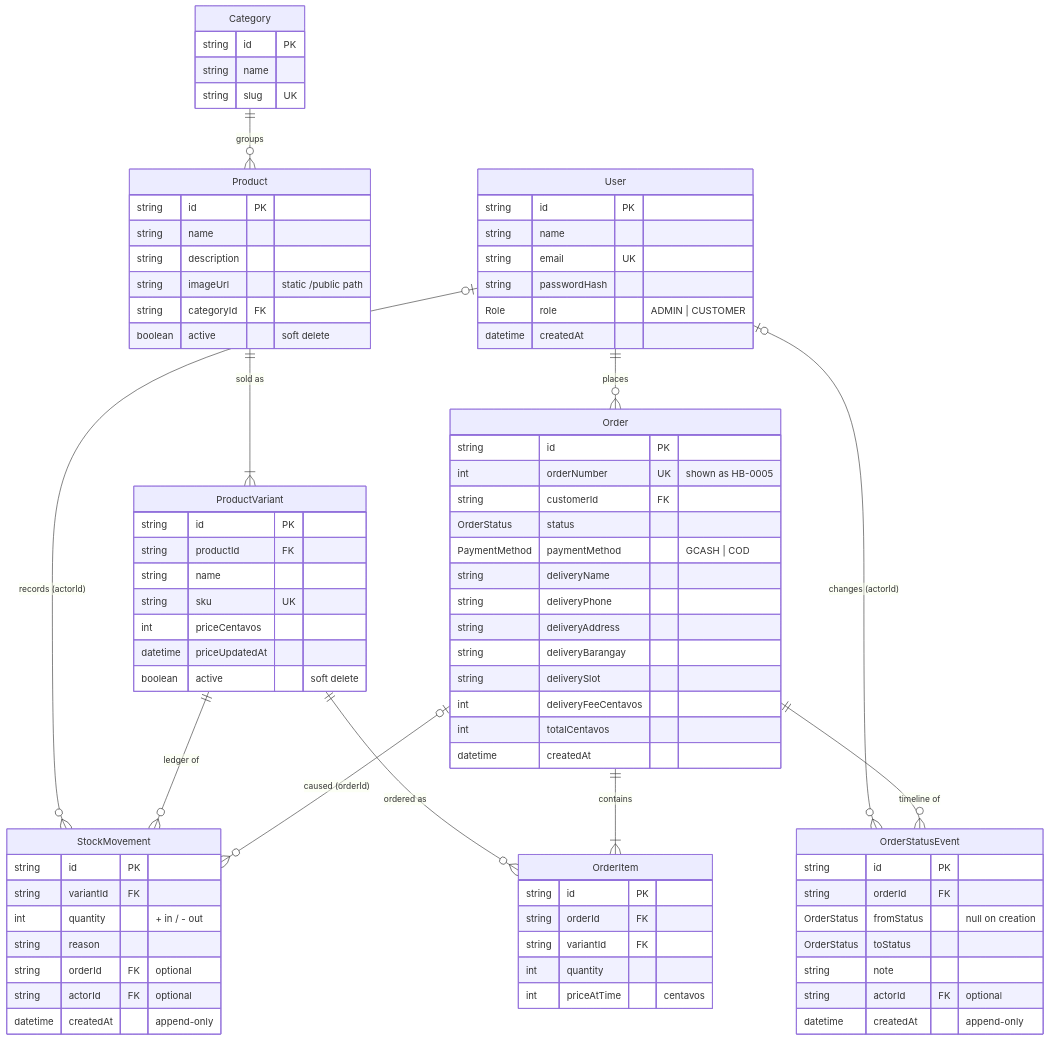
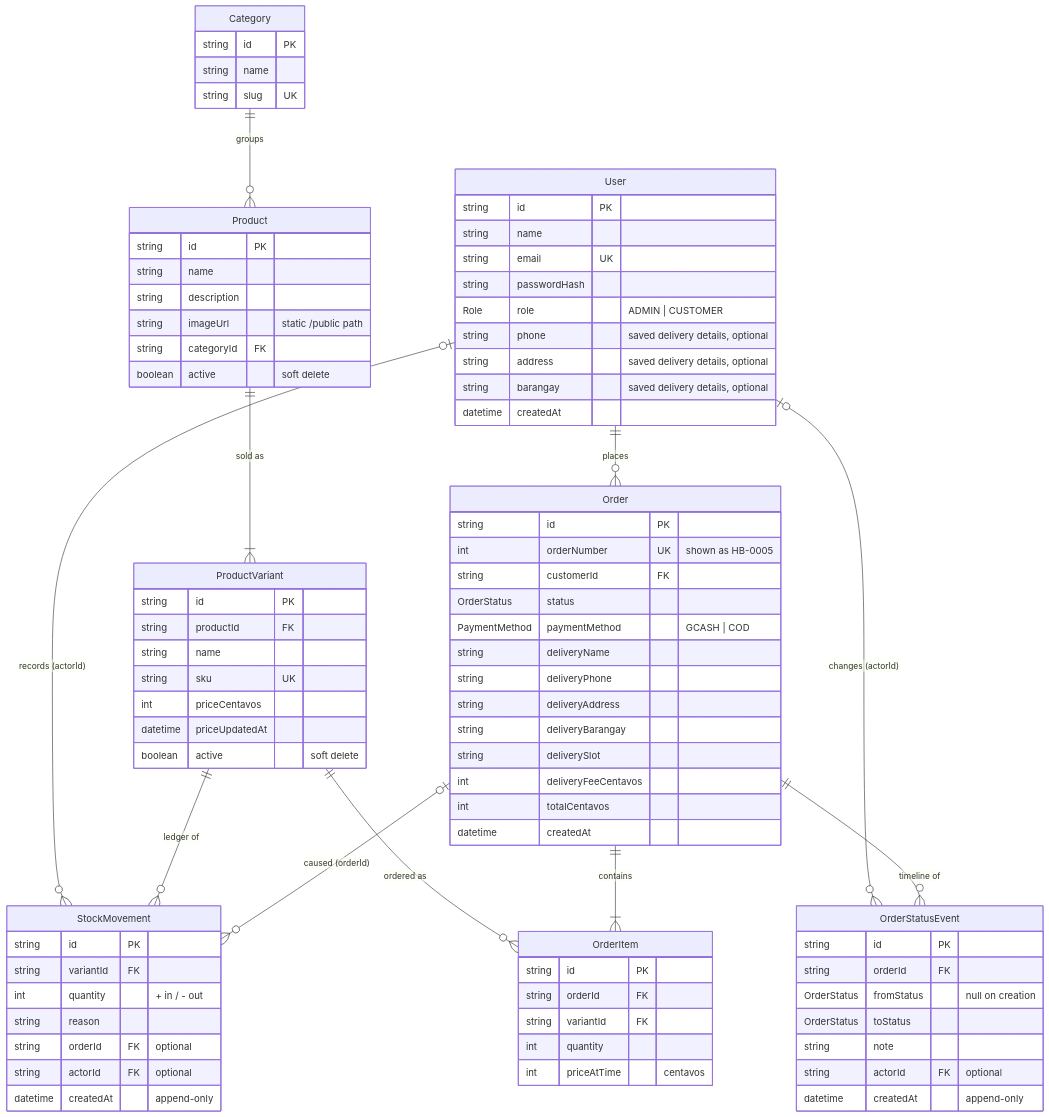
One commit to zkil27/SIA-Book-and-Hook changed the diagram in docs/diagrams/erd.mmd. Above: the diagram before and after it, drawn with Mermaid. The commit also changed 85 other files, not shown here.

```diff
--- a/docs/diagrams/erd.mmd
+++ b/docs/diagrams/erd.mmd
@@ -1,84 +1,87 @@
-%% Hook & Box ERD — derived from prisma/schema.prisma (2026-10-10).
+%% Hook & Box ERD — derived from prisma/schema.prisma (2026-11-07).
 %% If this and the schema ever disagree, the schema wins; update this file.
 erDiagram
   User ||--o{ Order : places
   User |o--o{ StockMovement : "records (actorId)"
   User |o--o{ OrderStatusEvent : "changes (actorId)"
   Category ||--o{ Product : groups
   Product ||--|{ ProductVariant : "sold as"
   ProductVariant ||--o{ StockMovement : "ledger of"
   ProductVariant ||--o{ OrderItem : "ordered as"
   Order ||--|{ OrderItem : contains
   Order |o--o{ StockMovement : "caused (orderId)"
   Order ||--o{ OrderStatusEvent : "timeline of"
 
   User {
     string id PK
     string name
     string email UK
     string passwordHash
     Role role "ADMIN | CUSTOMER"
+    string phone "saved delivery details, optional"
+    string address "saved delivery details, optional"
+    string barangay "saved delivery details, optional"
     datetime createdAt
   }
   Category {
     string id PK
     string name
     string slug UK
   }
   Product {
     string id PK
     string name
     string description
     string imageUrl "static /public path"
     string categoryId FK
     boolean active "soft delete"
   }
   ProductVariant {
     string id PK
     string productId FK
     string name
     string sku UK
     int priceCentavos
     datetime priceUpdatedAt
     boolean active "soft delete"
   }
   StockMovement {
     string id PK
     string variantId FK
     int quantity "+ in / - out"
     string reason
     string orderId FK "optional"
     string actorId FK "optional"
     datetime createdAt "append-only"
   }
   Order {
     string id PK
     int orderNumber UK "shown as HB-0005"
     string customerId FK
     OrderStatus status
     PaymentMethod paymentMethod "GCASH | COD"
     string deliveryName
     string deliveryPhone
     string deliveryAddress
     string deliveryBarangay
     string deliverySlot
     int deliveryFeeCentavos
     int totalCentavos
     datetime createdAt
   }
   OrderItem {
     string id PK
     string orderId FK
     string variantId FK
     int quantity
     int priceAtTime "centavos"
   }
   OrderStatusEvent {
     string id PK
     string orderId FK
     OrderStatus fromStatus "null on creation"
     OrderStatus toStatus
     string note
     string actorId FK "optional"
     datetime createdAt "append-only"
   }
```
